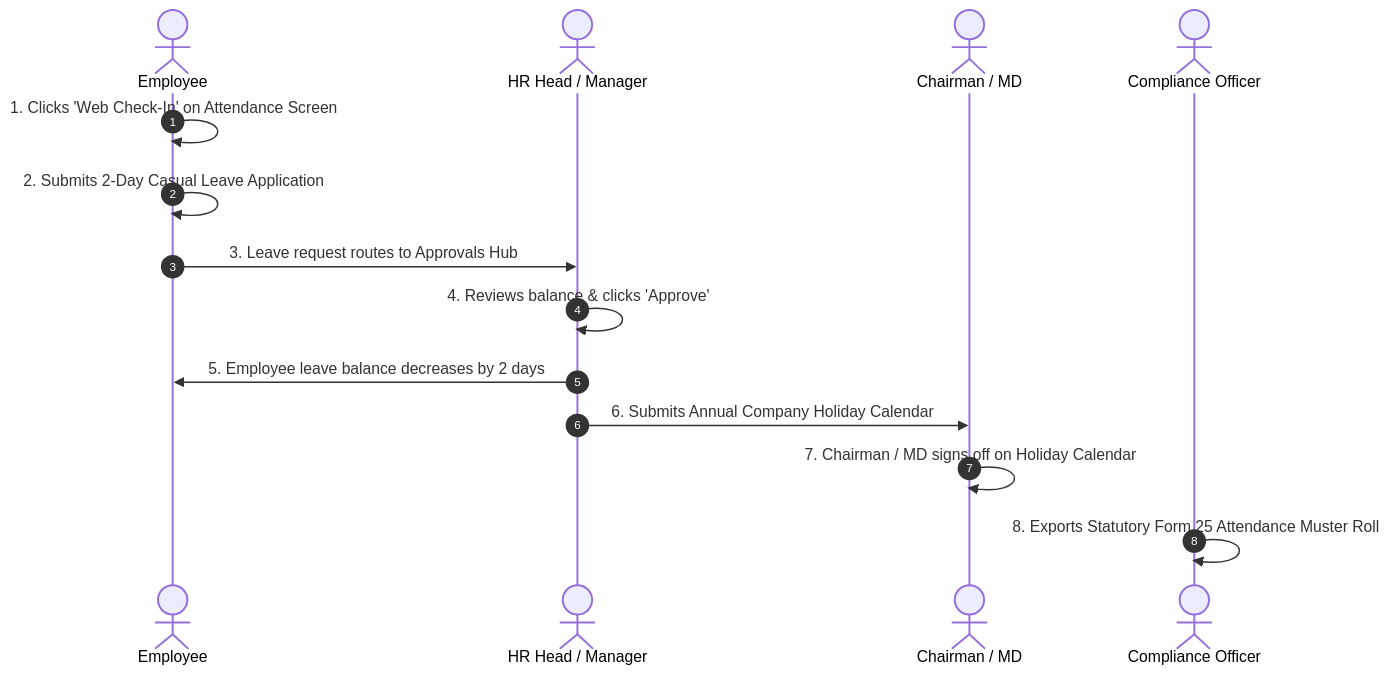
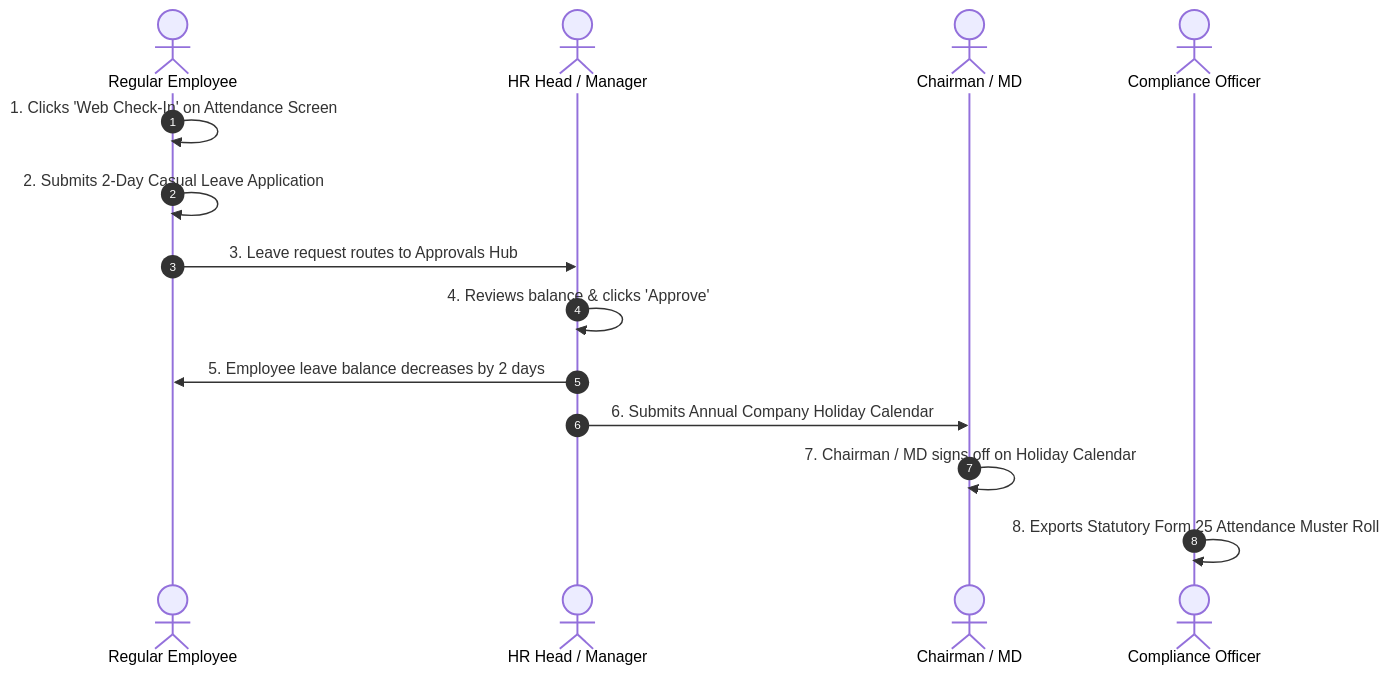
Before and after one commit to ViruzVerse-Solutions/hrms: the fourth of 10 diagrams in docs/PHASE_TESTING_GUIDE.md, drawn with Mermaid. The commit also changed other lines of this file and 9 other files, not shown here.

````diff
--- a/docs/PHASE_TESTING_GUIDE.md
+++ b/docs/PHASE_TESTING_GUIDE.md
@@ -135,17 +135,17 @@
 ```mermaid
 sequenceDiagram
     autonumber
-    actor EMP as Employee
+    actor EMP as Regular Employee
     actor HR as HR Head / Manager
     actor CH_MD as Chairman / MD
-    actor COMP as Compliance Officer
+    actor CMP as Compliance Officer
 
     EMP->>EMP: 1. Clicks 'Web Check-In' on Attendance Screen
     EMP->>EMP: 2. Submits 2-Day Casual Leave Application
     EMP->>HR: 3. Leave request routes to Approvals Hub
     HR->>HR: 4. Reviews balance & clicks 'Approve'
     HR->>EMP: 5. Employee leave balance decreases by 2 days
     HR->>CH_MD: 6. Submits Annual Company Holiday Calendar
     CH_MD->>CH_MD: 7. Chairman / MD signs off on Holiday Calendar
-    COMP->>COMP: 8. Exports Statutory Form 25 Attendance Muster Roll
+    CMP->>CMP: 8. Exports Statutory Form 25 Attendance Muster Roll
 ```
````
